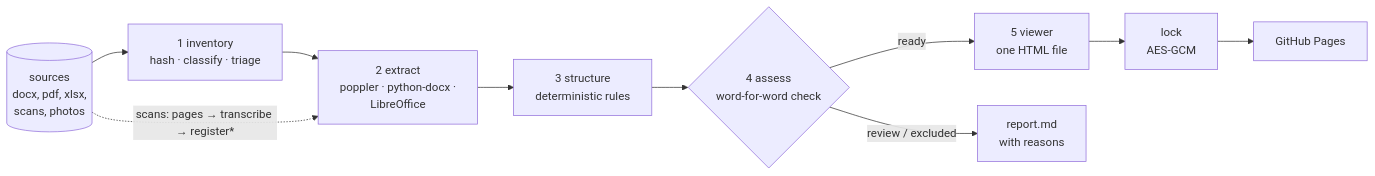
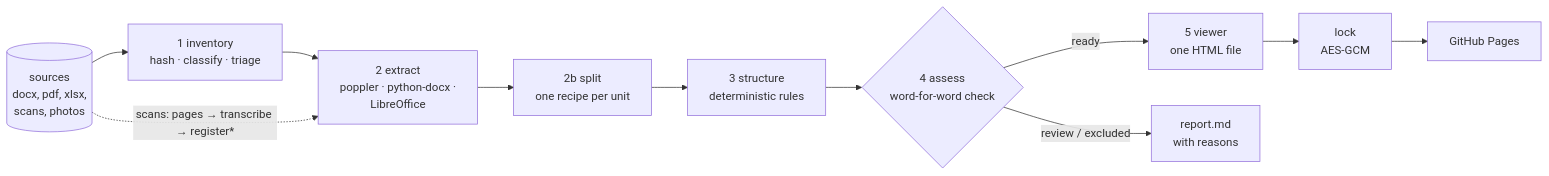
The diagram in README.md (steinnhauser/recipify), drawn with Mermaid before and after one commit. The commit also changed other lines of this file and 29 other files, not shown here.

First line of the commit message:
feat: split documents that hold several recipes, and trace every recipe

````diff
--- a/README.md
+++ b/README.md
@@ -22,11 +22,12 @@
 ```mermaid
 flowchart LR
     S[("sources<br/>docx, pdf, xlsx,<br/>scans, photos")] --> I["1 inventory<br/>hash · classify · triage"]
     I --> E["2 extract<br/>poppler · python-docx ·<br/>LibreOffice"]
     S -. "scans: pages → transcribe → register*" .-> E
-    E --> T["3 structure<br/>deterministic rules"]
+    E --> D["2b split<br/>one recipe per unit"]
+    D --> T["3 structure<br/>deterministic rules"]
     T --> A{"4 assess<br/>word-for-word check"}
     A -- ready --> V["5 viewer<br/>one HTML file"]
     A -- review / excluded --> R["report.md<br/>with reasons"]
     V --> L["lock<br/>AES-GCM"] --> P["GitHub Pages"]
 ```
````
